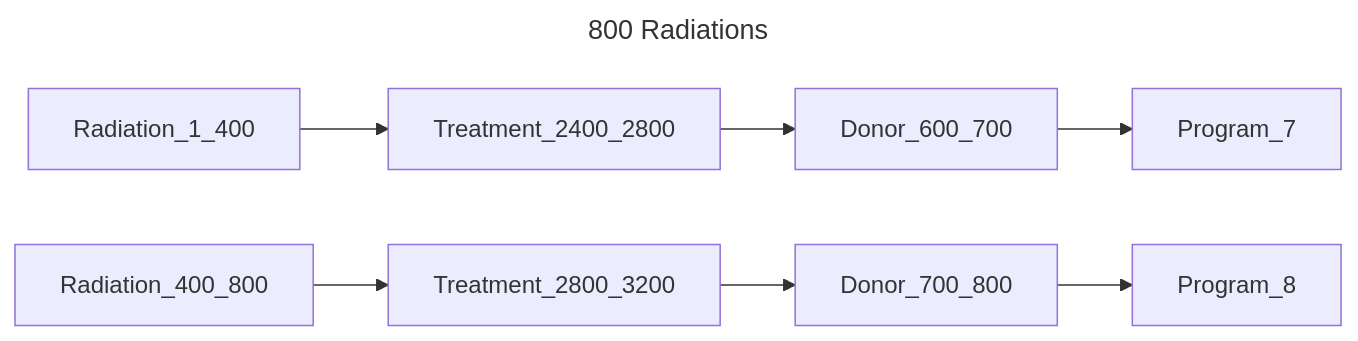
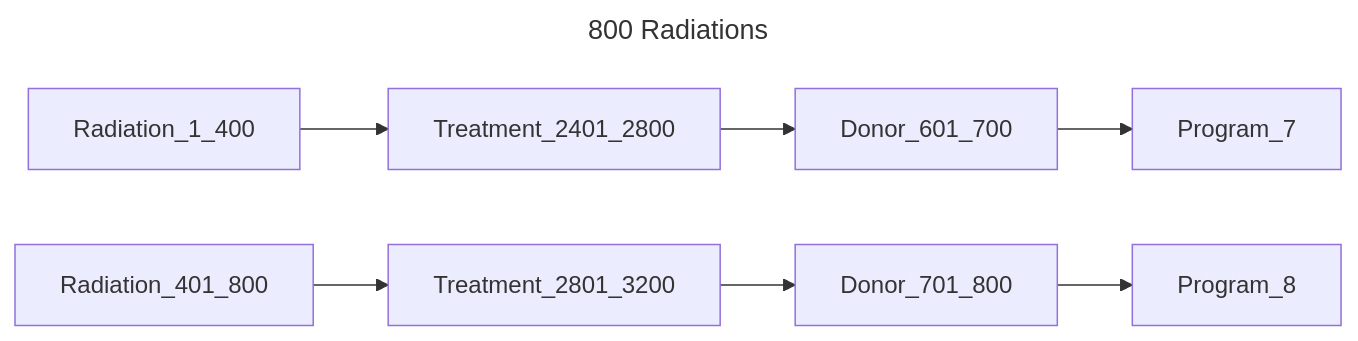
The ninth of 13 diagrams in chord_metadata_service/mohpackets/data/large_dataset/README.md (bento-platform/katsu), drawn with Mermaid before and after one commit. The commit also changed other lines of this file, not shown here.

````diff
--- a/chord_metadata_service/mohpackets/data/large_dataset/README.md
+++ b/chord_metadata_service/mohpackets/data/large_dataset/README.md
@@ -136,8 +136,8 @@
 ```mermaid
 ---
 title: 800 Radiations
 ---
 graph LR;  
-  Radiation_1_400 --> Treatment_2400_2800 --> Donor_600_700 --> Program_7;  
-  Radiation_400_800 --> Treatment_2800_3200 --> Donor_700_800 --> Program_8;  
+  Radiation_1_400 --> Treatment_2401_2800 --> Donor_601_700 --> Program_7;  
+  Radiation_401_800 --> Treatment_2801_3200 --> Donor_701_800 --> Program_8;  
 ```
````
